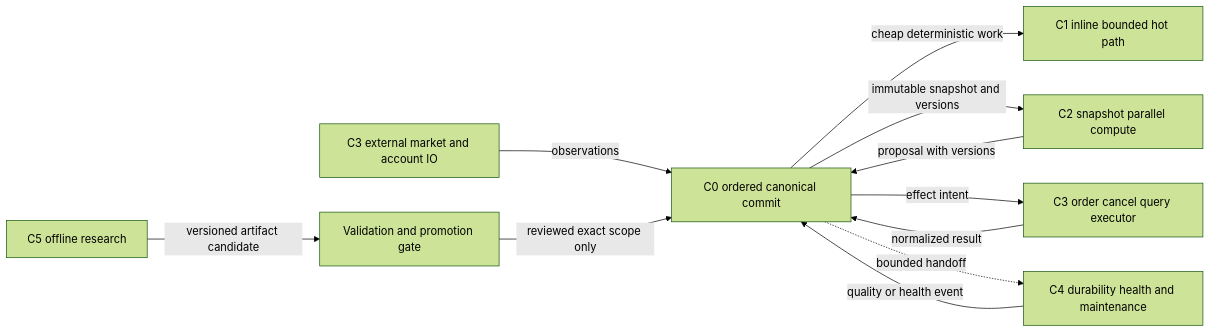
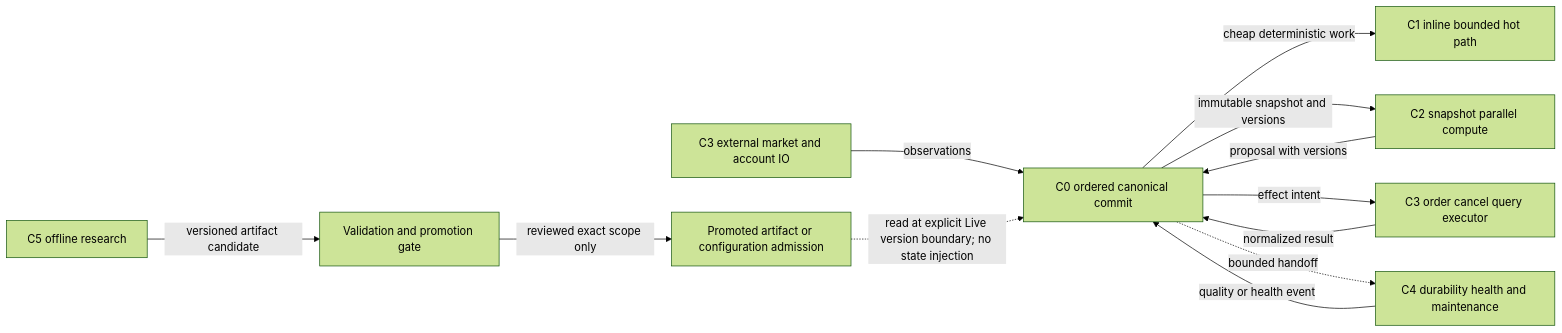
One commit to Insular2895/hyperliquid-arbitrage-bot changed the third of 14 diagrams in docs_v2/deep-specs/architecture/15_ARCHITECTURE_VISUAL_ATLAS.md. Above: the diagram before and after it, drawn with Mermaid (forest theme). The commit also changed other lines of this file and 7 other files, not shown here.

````diff
--- a/docs_v2/deep-specs/architecture/15_ARCHITECTURE_VISUAL_ATLAS.md
+++ b/docs_v2/deep-specs/architecture/15_ARCHITECTURE_VISUAL_ATLAS.md
@@ -137,13 +160,14 @@
 ```mermaid
 flowchart LR
     C3I["C3 external market and account IO"] -->|observations| C0["C0 ordered canonical commit"]
     C0 -->|cheap deterministic work| C1["C1 inline bounded hot path"]
     C0 -->|immutable snapshot and versions| C2["C2 snapshot parallel compute"]
     C2 -->|proposal with versions| C0
     C0 -->|effect intent| C3O["C3 order cancel query executor"]
     C3O -->|normalized result| C0
     C0 -.->|bounded handoff| C4["C4 durability health and maintenance"]
     C4 -->|quality or health event| C0
     C5["C5 offline research"] -->|versioned artifact candidate| VG["Validation and promotion gate"]
-    VG -->|reviewed exact scope only| C0
+    VG -->|reviewed exact scope only| PA["Promoted artifact or configuration admission"]
+    PA -.->|read at explicit Live version boundary; no state injection| C0
 ```
````
